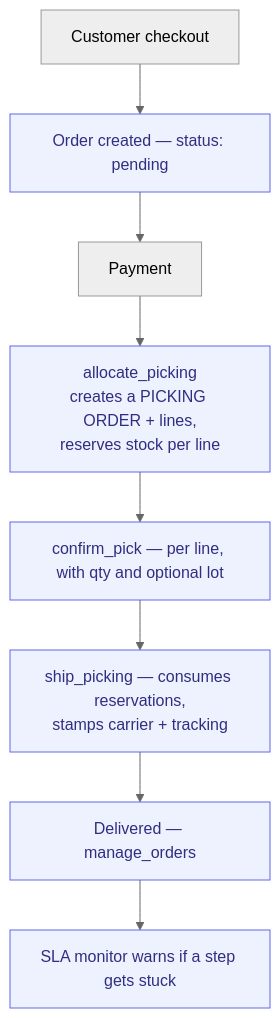
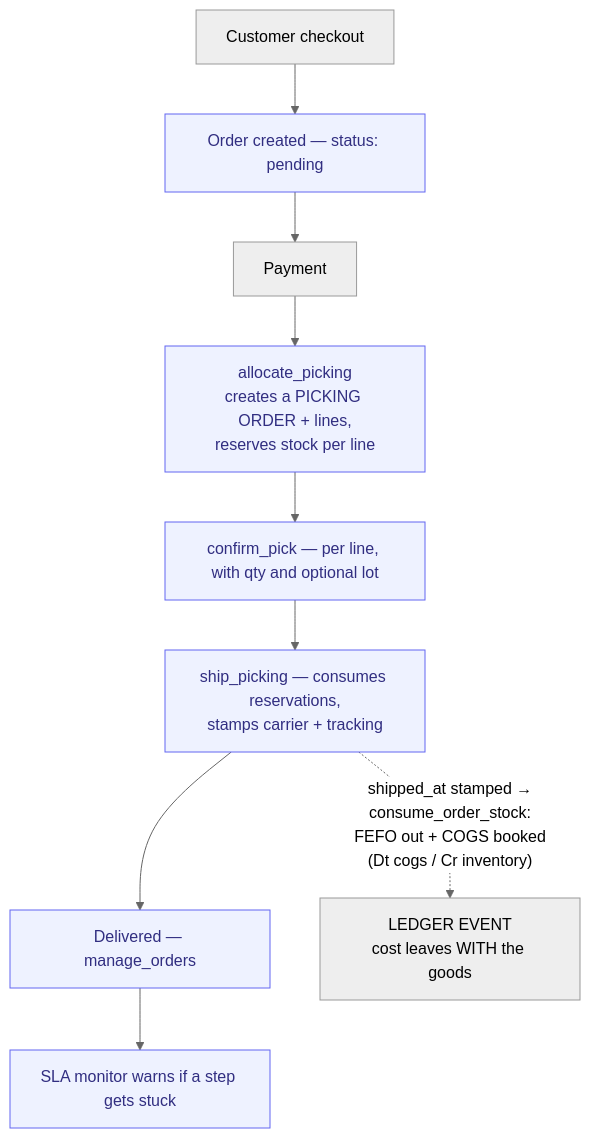
One commit to flowwink/flowwink changed the diagram in docs/processes/order-to-delivery.md. Above: the diagram before and after it, drawn with Mermaid (neutral theme). The commit also changed other lines of this file and 3 other files, not shown here.

````diff
--- a/docs/processes/order-to-delivery.md
+++ b/docs/processes/order-to-delivery.md
@@ -33,13 +33,14 @@
 ```mermaid
 flowchart TD
     A["Customer checkout"] --> B["Order created — status: pending"]
     B --> C["Payment"]
     C --> D["allocate_picking<br/>creates a PICKING ORDER + lines,<br/>reserves stock per line"]
     D --> E["confirm_pick — per line, with qty and optional lot"]
     E --> F["ship_picking — consumes reservations,<br/>stamps carrier + tracking"]
     F --> G["Delivered — manage_orders"]
+    F -.->|"shipped_at stamped →<br/>consume_order_stock:<br/>FEFO out + COGS booked<br/>(Dt cogs / Cr inventory)"| F2["LEDGER EVENT<br/>cost leaves WITH the goods"]
     G --> H["SLA monitor warns if a step gets stuck"]
 
     classDef agent fill:#eef2ff,stroke:#6366f1,color:#312e81;
     class B,D,E,F,G,H agent
 ```
````
